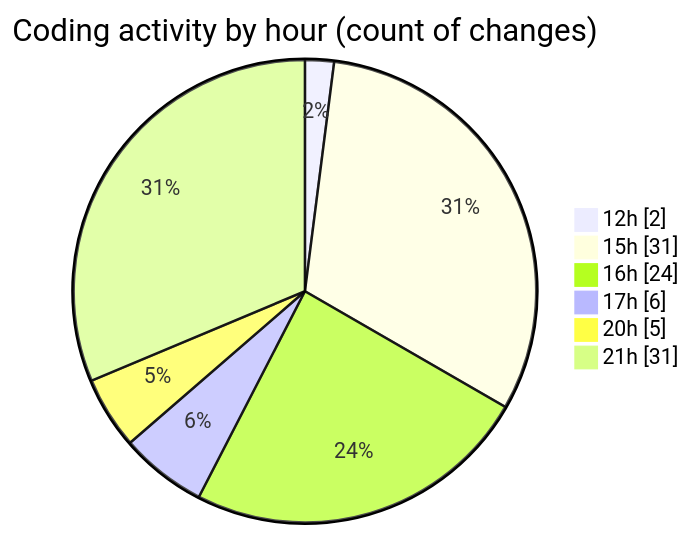
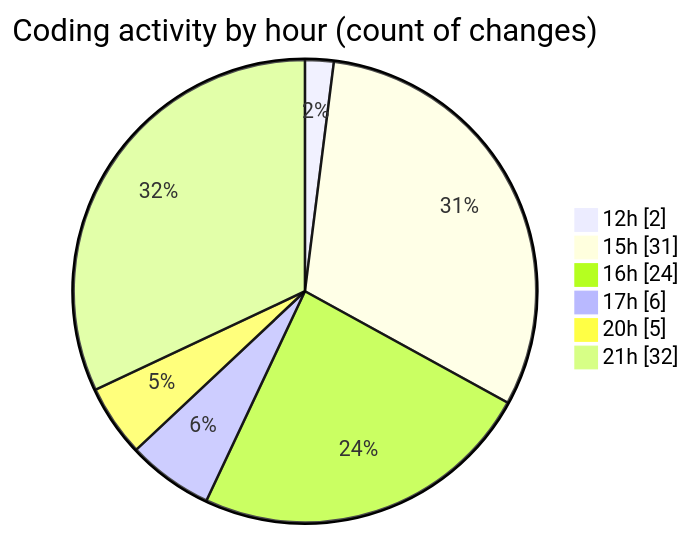
The second of 2 diagrams in 2025-02-26/cda/README.md (momahboobian/code-tracking), drawn with Mermaid before and after one commit. The commit also changed other lines of this file and 1 other file, not shown here.

````diff
--- a/2025-02-26/cda/README.md
+++ b/2025-02-26/cda/README.md
@@ -48,10 +48,10 @@
 ```mermaid
 pie showData
 title Coding activity by hour (count of changes)
 "12h" : 2
 "15h" : 31
 "16h" : 24
 "17h" : 6
 "20h" : 5
-"21h" : 31
+"21h" : 32
 ```
````
